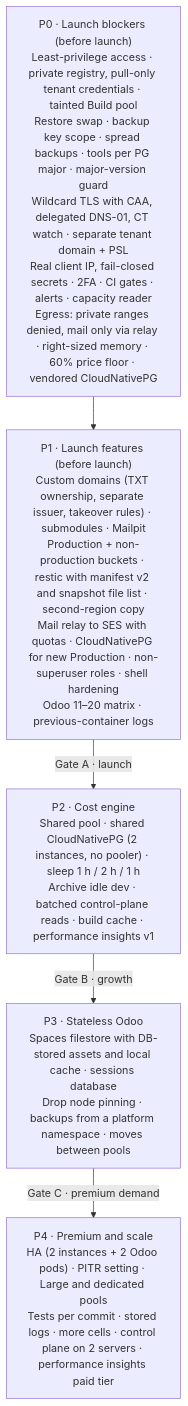
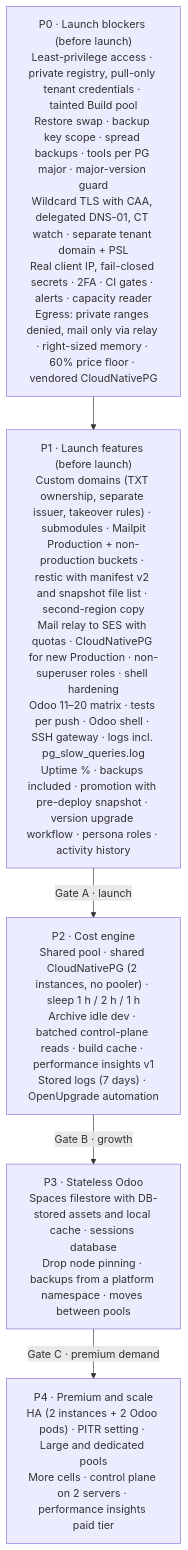
One commit to moutazmuhammad/odoo-saas-platform changed the second of 2 diagrams in ARCHITECTURE-TARGET.md. Above: the diagram before and after it, drawn with Mermaid. The commit also changed other lines of this file and 1 other file, not shown here.

First line of the commit message:
Plans: required platform capabilities matrix and launch items for the gaps

````diff
--- a/ARCHITECTURE-TARGET.md
+++ b/ARCHITECTURE-TARGET.md
@@ -608,12 +653,12 @@
 ```mermaid
 flowchart TD
     P0["P0 · Launch blockers (before launch)<br/>Least-privilege access · private registry, pull-only tenant credentials · tainted Build pool<br/>Restore swap · backup key scope · spread backups · tools per PG major · major-version guard<br/>Wildcard TLS with CAA, delegated DNS-01, CT watch · separate tenant domain + PSL<br/>Real client IP, fail-closed secrets · 2FA · CI gates · alerts · capacity reader<br/>Egress: private ranges denied, mail only via relay · right-sized memory · 60% price floor · vendored CloudNativePG"]
-    P1["P1 · Launch features (before launch)<br/>Custom domains (TXT ownership, separate issuer, takeover rules) · submodules · Mailpit<br/>Production + non-production buckets · restic with manifest v2 and snapshot file list · second-region copy<br/>Mail relay to SES with quotas · CloudNativePG for new Production · non-superuser roles · shell hardening<br/>Odoo 11–20 matrix · previous-container logs"]
-    P2["P2 · Cost engine<br/>Shared pool · shared CloudNativePG (2 instances, no pooler) · sleep 1 h / 2 h / 1 h<br/>Archive idle dev · batched control-plane reads · build cache · performance insights v1"]
+    P1["P1 · Launch features (before launch)<br/>Custom domains (TXT ownership, separate issuer, takeover rules) · submodules · Mailpit<br/>Production + non-production buckets · restic with manifest v2 and snapshot file list · second-region copy<br/>Mail relay to SES with quotas · CloudNativePG for new Production · non-superuser roles · shell hardening<br/>Odoo 11–20 matrix · tests per push · Odoo shell · SSH gateway · logs incl. pg_slow_queries.log<br/>Uptime % · backups included · promotion with pre-deploy snapshot · version upgrade workflow · persona roles · activity history"]
+    P2["P2 · Cost engine<br/>Shared pool · shared CloudNativePG (2 instances, no pooler) · sleep 1 h / 2 h / 1 h<br/>Archive idle dev · batched control-plane reads · build cache · performance insights v1<br/>Stored logs (7 days) · OpenUpgrade automation"]
     P3["P3 · Stateless Odoo<br/>Spaces filestore with DB-stored assets and local cache · sessions database<br/>Drop node pinning · backups from a platform namespace · moves between pools"]
-    P4["P4 · Premium and scale<br/>HA (2 instances + 2 Odoo pods) · PITR setting · Large and dedicated pools<br/>Tests per commit · stored logs · more cells · control plane on 2 servers · performance insights paid tier"]
+    P4["P4 · Premium and scale<br/>HA (2 instances + 2 Odoo pods) · PITR setting · Large and dedicated pools<br/>More cells · control plane on 2 servers · performance insights paid tier"]
     P0 --> P1
     P1 -- "Gate A · launch" --> P2
     P2 -- "Gate B · growth" --> P3
     P3 -- "Gate C · premium demand" --> P4
 ```
````
